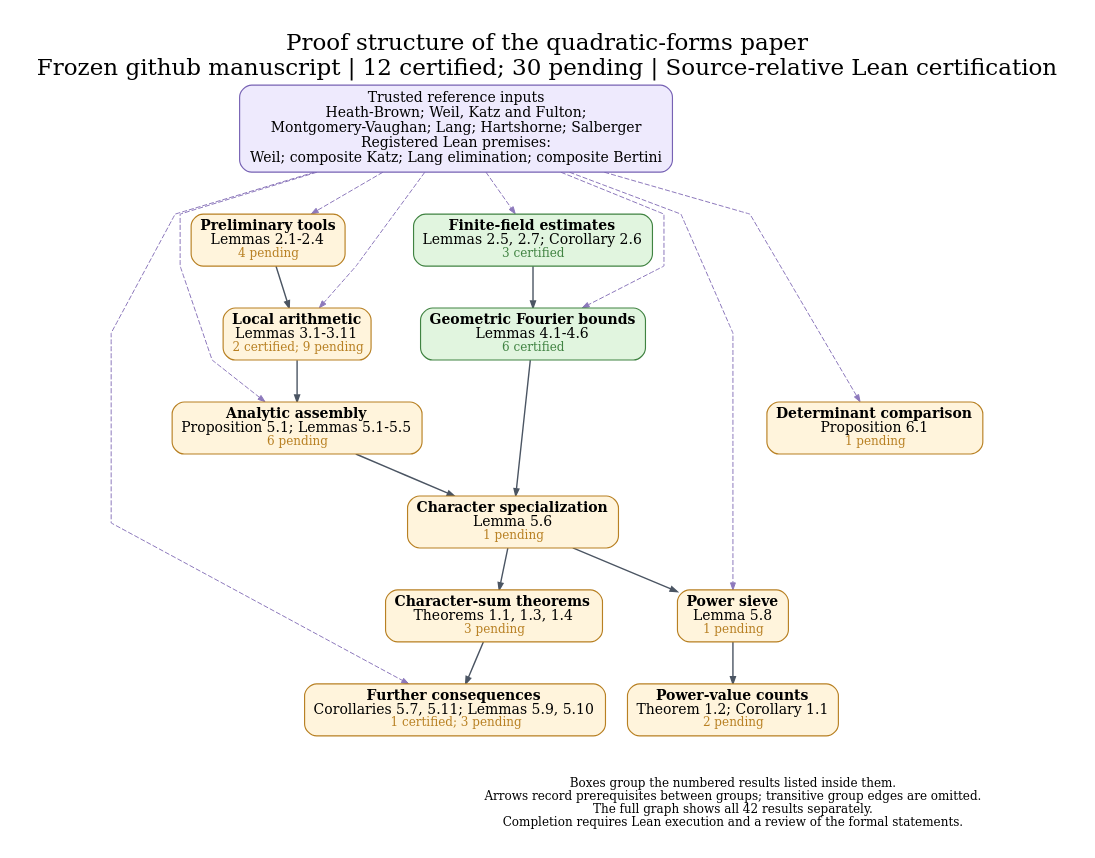
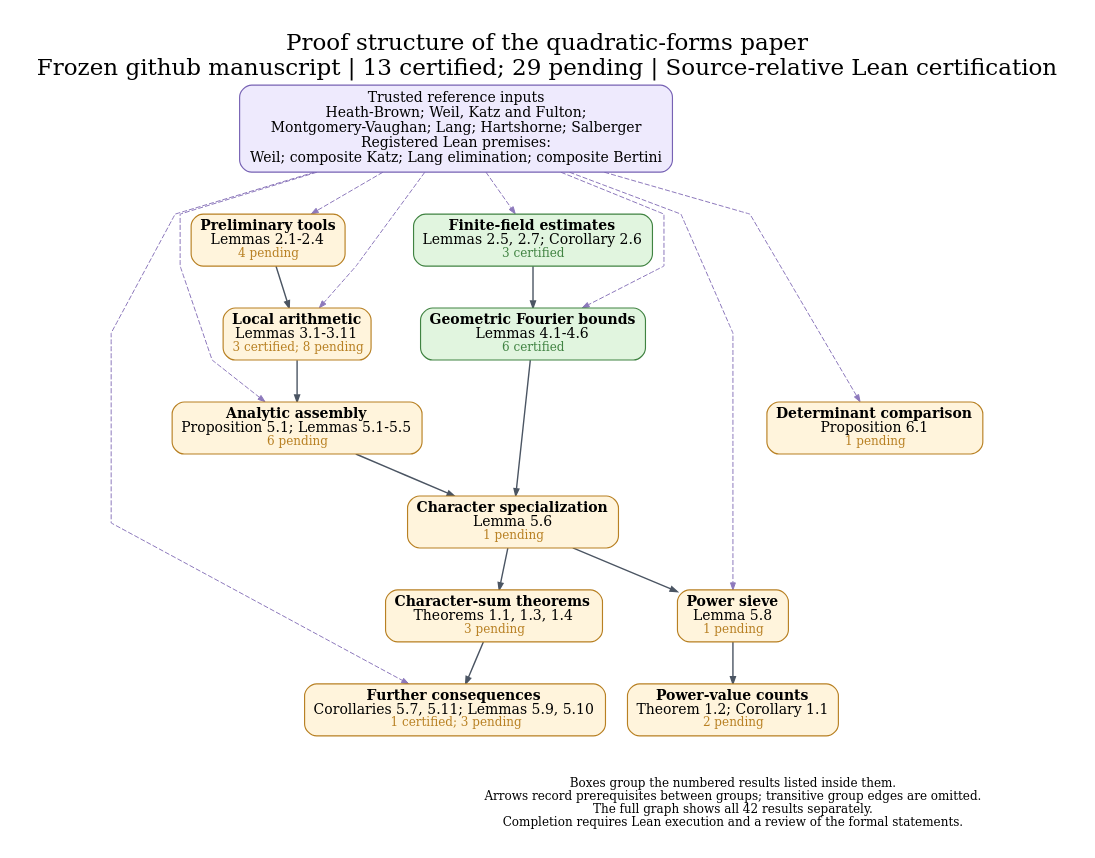
The diagram in docs/dependency_overview.dot (nicolasrobles/quaternary-quadratic-forms), drawn with Graphviz before and after one commit. The commit also changed 29 other files, not shown here.

```diff
--- a/docs/dependency_overview.dot
+++ b/docs/dependency_overview.dot
@@ -1,43 +1,43 @@
 digraph Overview {
 graph [rankdir=TB, newrank=true, compound=true, outputorder=edgesfirst,
   bgcolor="white", fontname="DejaVu Serif", fontsize=23, labelloc=t,
-  label="Proof structure of the quadratic-forms paper\nFrozen github manuscript | 12 certified; 30 pending | Source-relative Lean certification",
+  label="Proof structure of the quadratic-forms paper\nFrozen github manuscript | 13 certified; 29 pending | Source-relative Lean certification",
   nodesep=0.30, ranksep=0.58, pad=0.28, splines=polyline];
 node [shape=box, style="rounded,filled", fillcolor="#fff4dc", color="#b88023",
   fontname="DejaVu Serif", fontsize=14, penwidth=1.15, margin="0.12,0.09"];
 edge [color="#4b5563", arrowsize=0.70, penwidth=1.05];
 sources [label="Trusted reference inputs\nHeath-Brown; Weil, Katz and Fulton;\nMontgomery-Vaughan; Lang; Hartshorne; Salberger\nRegistered Lean premises:\nWeil; composite Katz; Lang elimination; composite Bertini", fillcolor="#eeeafd", color="#7762b4", fontsize=14];
 "prelim" [label=<<B>Preliminary tools</B><BR/>Lemmas 2.1-2.4<BR/><FONT POINT-SIZE="12" COLOR="#b88023">4 pending</FONT>>, fillcolor="#fff4dc", color="#b88023", URL="https://github.com/nicolasrobles/quaternary-quadratic-forms/blob/main/INVENTORY.md", target="_blank"];
 "finite" [label=<<B>Finite-field estimates</B><BR/>Lemmas 2.5, 2.7; Corollary 2.6<BR/><FONT POINT-SIZE="12" COLOR="#408342">3 certified</FONT>>, fillcolor="#e1f5df", color="#408342", URL="https://github.com/nicolasrobles/quaternary-quadratic-forms/blob/main/INVENTORY.md", target="_blank"];
-"local" [label=<<B>Local arithmetic</B><BR/>Lemmas 3.1-3.11<BR/><FONT POINT-SIZE="12" COLOR="#b88023">2 certified; 9 pending</FONT>>, fillcolor="#fff4dc", color="#b88023", URL="https://github.com/nicolasrobles/quaternary-quadratic-forms/blob/main/INVENTORY.md", target="_blank"];
+"local" [label=<<B>Local arithmetic</B><BR/>Lemmas 3.1-3.11<BR/><FONT POINT-SIZE="12" COLOR="#b88023">3 certified; 8 pending</FONT>>, fillcolor="#fff4dc", color="#b88023", URL="https://github.com/nicolasrobles/quaternary-quadratic-forms/blob/main/INVENTORY.md", target="_blank"];
 "fourier" [label=<<B>Geometric Fourier bounds</B><BR/>Lemmas 4.1-4.6<BR/><FONT POINT-SIZE="12" COLOR="#408342">6 certified</FONT>>, fillcolor="#e1f5df", color="#408342", URL="https://github.com/nicolasrobles/quaternary-quadratic-forms/blob/main/INVENTORY.md", target="_blank"];
 "analytic" [label=<<B>Analytic assembly</B><BR/>Proposition 5.1; Lemmas 5.1-5.5<BR/><FONT POINT-SIZE="12" COLOR="#b88023">6 pending</FONT>>, fillcolor="#fff4dc", color="#b88023", URL="https://github.com/nicolasrobles/quaternary-quadratic-forms/blob/main/INVENTORY.md", target="_blank"];
 "characters" [label=<<B>Character specialization</B><BR/>Lemma 5.6<BR/><FONT POINT-SIZE="12" COLOR="#b88023">1 pending</FONT>>, fillcolor="#fff4dc", color="#b88023", URL="https://github.com/nicolasrobles/quaternary-quadratic-forms/blob/main/INVENTORY.md", target="_blank"];
 "sieve" [label=<<B>Power sieve</B><BR/>Lemma 5.8<BR/><FONT POINT-SIZE="12" COLOR="#b88023">1 pending</FONT>>, fillcolor="#fff4dc", color="#b88023", URL="https://github.com/nicolasrobles/quaternary-quadratic-forms/blob/main/INVENTORY.md", target="_blank"];
 "consequences" [label=<<B>Further consequences</B><BR/>Corollaries 5.7, 5.11; Lemmas 5.9, 5.10<BR/><FONT POINT-SIZE="12" COLOR="#b88023">1 certified; 3 pending</FONT>>, fillcolor="#fff4dc", color="#b88023", URL="https://github.com/nicolasrobles/quaternary-quadratic-forms/blob/main/INVENTORY.md", target="_blank"];
 "maincharacters" [label=<<B>Character-sum theorems</B><BR/>Theorems 1.1, 1.3, 1.4<BR/><FONT POINT-SIZE="12" COLOR="#b88023">3 pending</FONT>>, fillcolor="#fff4dc", color="#b88023", URL="https://github.com/nicolasrobles/quaternary-quadratic-forms/blob/main/INVENTORY.md", target="_blank"];
 "mainpowers" [label=<<B>Power-value counts</B><BR/>Theorem 1.2; Corollary 1.1<BR/><FONT POINT-SIZE="12" COLOR="#b88023">2 pending</FONT>>, fillcolor="#fff4dc", color="#b88023", URL="https://github.com/nicolasrobles/quaternary-quadratic-forms/blob/main/INVENTORY.md", target="_blank"];
 "fixed" [label=<<B>Determinant comparison</B><BR/>Proposition 6.1<BR/><FONT POINT-SIZE="12" COLOR="#b88023">1 pending</FONT>>, fillcolor="#fff4dc", color="#b88023", URL="https://github.com/nicolasrobles/quaternary-quadratic-forms/blob/main/INVENTORY.md", target="_blank"];
 "analytic" -> "characters" [penwidth=1.4];
 "characters" -> "maincharacters" [penwidth=1.4];
 "characters" -> "sieve" [penwidth=1.4];
 "finite" -> "fourier" [penwidth=1.4];
 "fourier" -> "characters" [penwidth=1.4];
 "local" -> "analytic" [penwidth=1.4];
 "maincharacters" -> "consequences" [penwidth=1.4];
 "prelim" -> "local" [penwidth=1.4];
 "sieve" -> "mainpowers" [penwidth=1.4];
 sources -> "analytic" [style=dashed, color="#8d79bc", penwidth=1.0];
 sources -> "consequences" [style=dashed, color="#8d79bc", penwidth=1.0];
 sources -> "finite" [style=dashed, color="#8d79bc", penwidth=1.0];
 sources -> "fixed" [style=dashed, color="#8d79bc", penwidth=1.0];
 sources -> "fourier" [style=dashed, color="#8d79bc", penwidth=1.0];
 sources -> "local" [style=dashed, color="#8d79bc", penwidth=1.0];
 sources -> "prelim" [style=dashed, color="#8d79bc", penwidth=1.0];
 sources -> "sieve" [style=dashed, color="#8d79bc", penwidth=1.0];
 legend [shape=plain, style="", label="Boxes group the numbered results listed inside them.\nArrows record prerequisites between groups; transitive group edges are omitted.\nThe full graph shows all 42 results separately.\nCompletion requires Lean execution and a review of the formal statements.", fontsize=12];
 {rank=sink; legend;}
 "consequences" -> legend [style=invis];
 "fixed" -> legend [style=invis];
 "mainpowers" -> legend [style=invis];
 }
```
